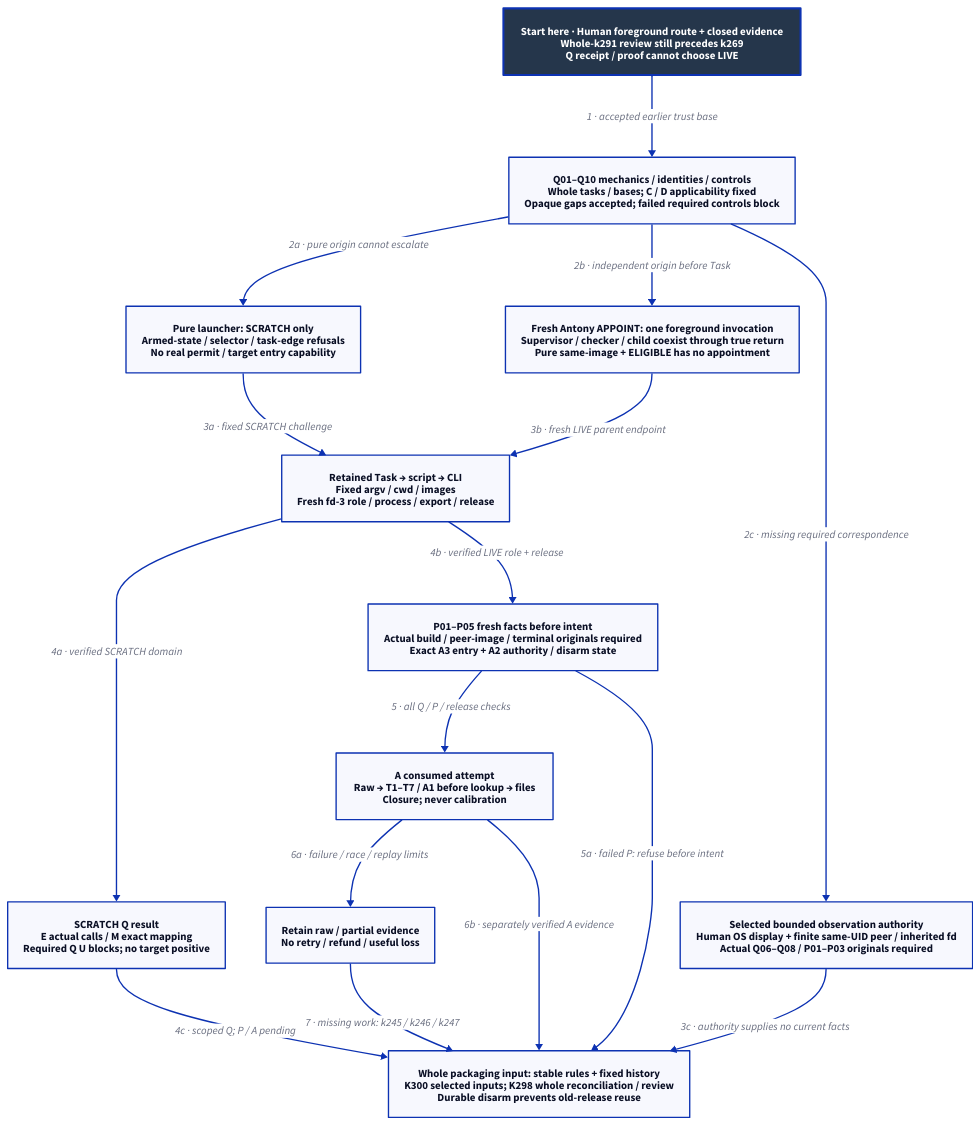
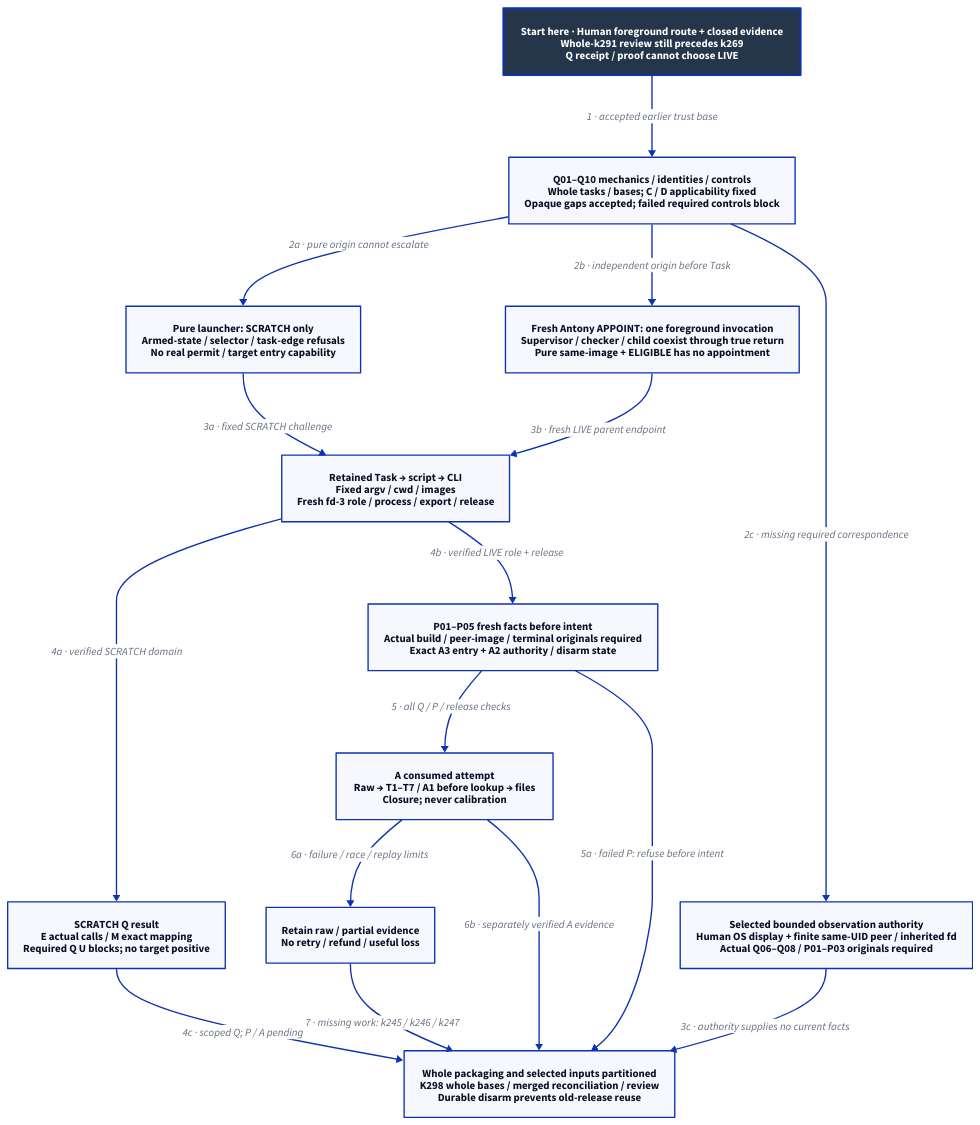
Before and after one commit to Linkuistics/Koine: the diagram in docs/design/architecture/native-reference-packaging.d2, drawn with D2. The commit also changed 14 other files, not shown here.

Commit message:
Partition selected reference inputs (reference-evidence-selected-inputs-k300, reference-evidence-normative-inputs-k297)

```diff
--- a/docs/design/architecture/native-reference-packaging.d2
+++ b/docs/design/architecture/native-reference-packaging.d2
@@ -1,31 +1,31 @@
 # Proposed staged credit; no artifact, release or operation is qualified.
 direction: down
 classes: {
   start: {style: {fill: "#25364B"; font-color: "#FFFFFF"; bold: true; stroke-width: 3}}
 }
 Start: "Start here · Human foreground route + closed evidence\nWhole-k291 review still precedes k269\nQ receipt / proof cannot choose LIVE" {class: start}
 Ready: "Q01–Q10 mechanics / identities / controls\nWhole tasks / bases; C / D applicability fixed\nOpaque gaps accepted; failed required controls block"
 Task: "Retained Task → script → CLI\nFixed argv / cwd / images\nFresh fd-3 role / process / export / release"
 Scratch: "Pure launcher: SCRATCH only\nArmed-state / selector / task-edge refusals\nNo real permit / target entry capability"
 Live: "Fresh Antony APPOINT: one foreground invocation\nSupervisor / checker / child coexist through true return\nPure same-image + ELIGIBLE has no appointment"
 Proof: "SCRATCH Q result\nE actual calls / M exact mapping\nRequired Q U blocks; no target positive"
 Preflight: "P01–P05 fresh facts before intent\nActual build / peer-image / terminal originals required\nExact A3 entry + A2 authority / disarm state"
 Attempt: "A consumed attempt\nRaw → T1–T7 / A1 before lookup → files\nClosure; never calibration"
 Failure: "Retain raw / partial evidence\nNo retry / refund / useful loss"
 Route: "Selected bounded observation authority\nHuman OS display + finite same-UID peer / inherited fd\nActual Q06–Q08 / P01–P03 originals required"
-Final: "Whole packaging input: stable rules + fixed history\nK300 selected inputs; K298 whole reconciliation / review\nDurable disarm prevents old-release reuse"
+Final: "Whole packaging and selected inputs partitioned\nK298 whole bases / merged reconciliation / review\nDurable disarm prevents old-release reuse"
 Start -> Ready: "1 · accepted earlier trust base"
 Ready -> Scratch: "2a · pure origin cannot escalate"
 Ready -> Live: "2b · independent origin before Task"
 Scratch -> Task: "3a · fixed SCRATCH challenge"
 Live -> Task: "3b · fresh LIVE parent endpoint"
 Task -> Proof: "4a · verified SCRATCH domain"
 Proof -> Final: "4c · scoped Q; P / A pending"
 Task -> Preflight: "4b · verified LIVE role + release"
 Preflight -> Attempt: "5 · all Q / P / release checks"
 Preflight -> Final: "5a · failed P: refuse before intent"
 Ready -> Route: "2c · missing required correspondence"
 Route -> Final: "3c · authority supplies no current facts"
 Attempt -> Failure: "6a · failure / race / replay limits"
 Attempt -> Final: "6b · separately verified A evidence"
 Failure -> Final: "7 · missing work: k245 / k246 / k247"
```
